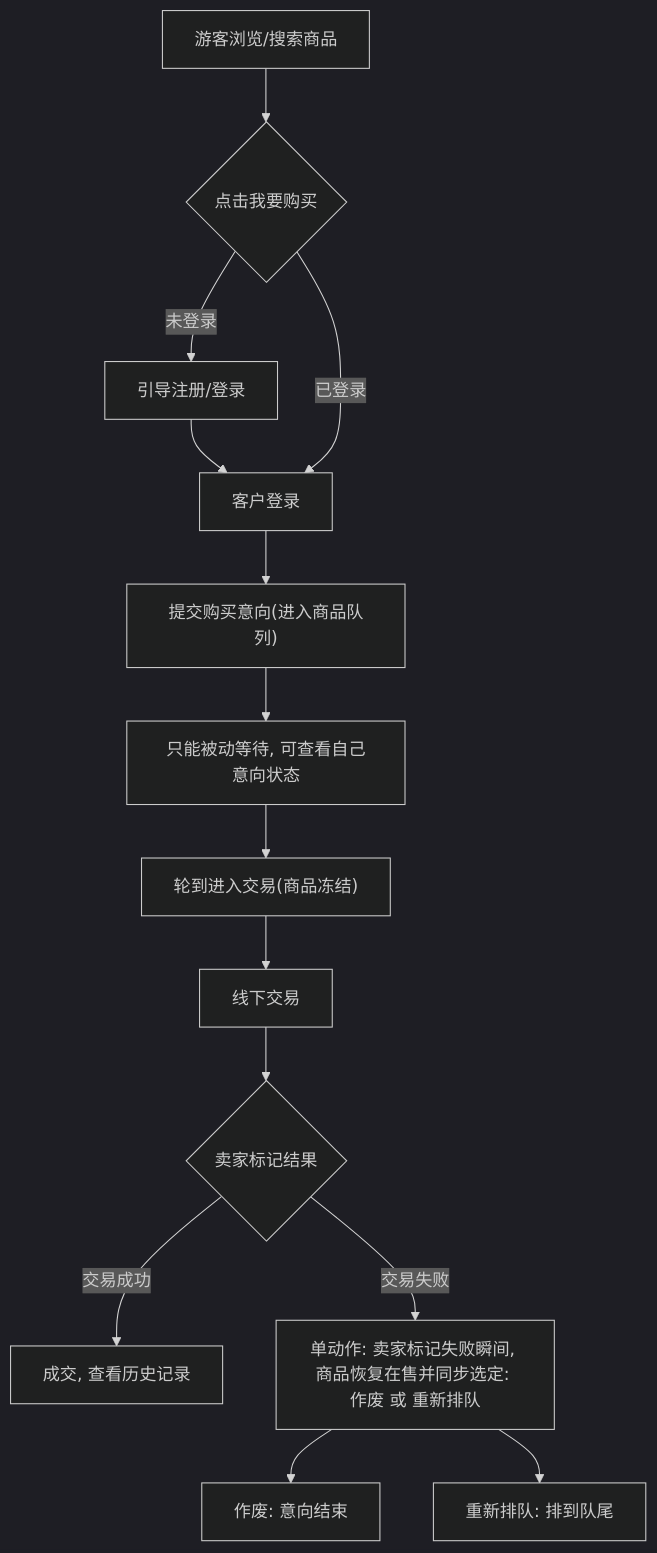
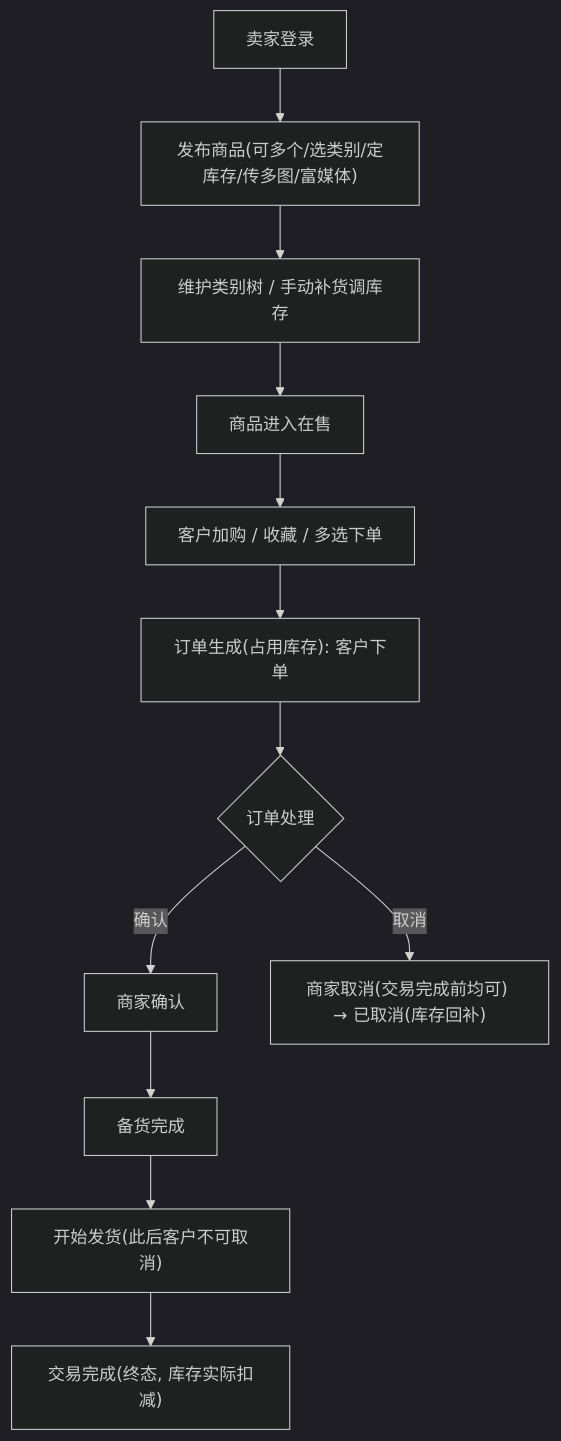
Before and after one commit to tyq-arch/single-merchant-shop-9: the third of 6 diagrams in Requirement Analysis/需求规格说明书-更新版.md, drawn with Mermaid (dark theme). The commit also changed other lines of this file, not shown here.

````diff
--- a/Requirement Analysis/需求规格说明书-更新版.md
+++ b/Requirement Analysis/需求规格说明书-更新版.md
@@ -224,16 +222,14 @@
 ```mermaid
 flowchart TD
-    A["游客浏览/搜索商品"] --> B{"点击我要购买"}
-    B -->|未登录| C["引导注册/登录"]
-    C --> D["客户登录"]
-    B -->|已登录| D
-    D --> E["提交购买意向(进入商品队列)"]
-    E --> F["只能被动等待, 可查看自己意向状态"]
-    F --> G["轮到进入交易(商品冻结)"]
-    G --> H["线下交易"]
-    H --> I{"卖家标记结果"}
-    I -->|交易成功| J["成交, 查看历史记录"]
-    I -->|交易失败| K["单动作: 卖家标记失败瞬间, 商品恢复在售并同步选定: 作废 或 重新排队"]
-    K --> L["作废: 意向结束"]
-    K --> M["重新排队: 排到队尾"]
+    A["卖家登录"] --> B["发布商品(可多个/选类别/定库存/传多图/富媒体)"]
+    B --> C["维护类别树 / 手动补货调库存"]
+    C --> D["商品进入在售"]
+    D --> E["客户加购 / 收藏 / 多选下单"]
+    E --> F["订单生成(占用库存): 客户下单"]
+    F --> G{"订单处理"}
+    G -->|确认| H["商家确认"]
+    H --> I["备货完成"]
+    I --> J["开始发货(此后客户不可取消)"]
+    J --> K["交易完成(终态, 库存实际扣减)"]
+    G -->|取消| L["商家取消(交易完成前均可) → 已取消(库存回补)"]
 ```
````
